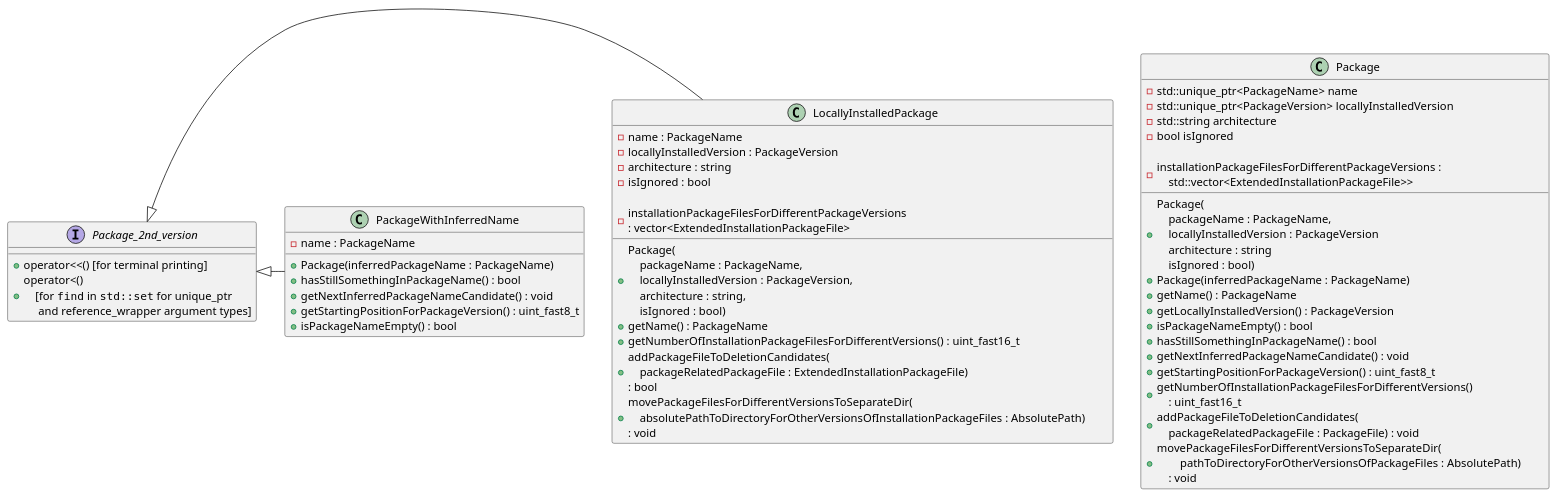
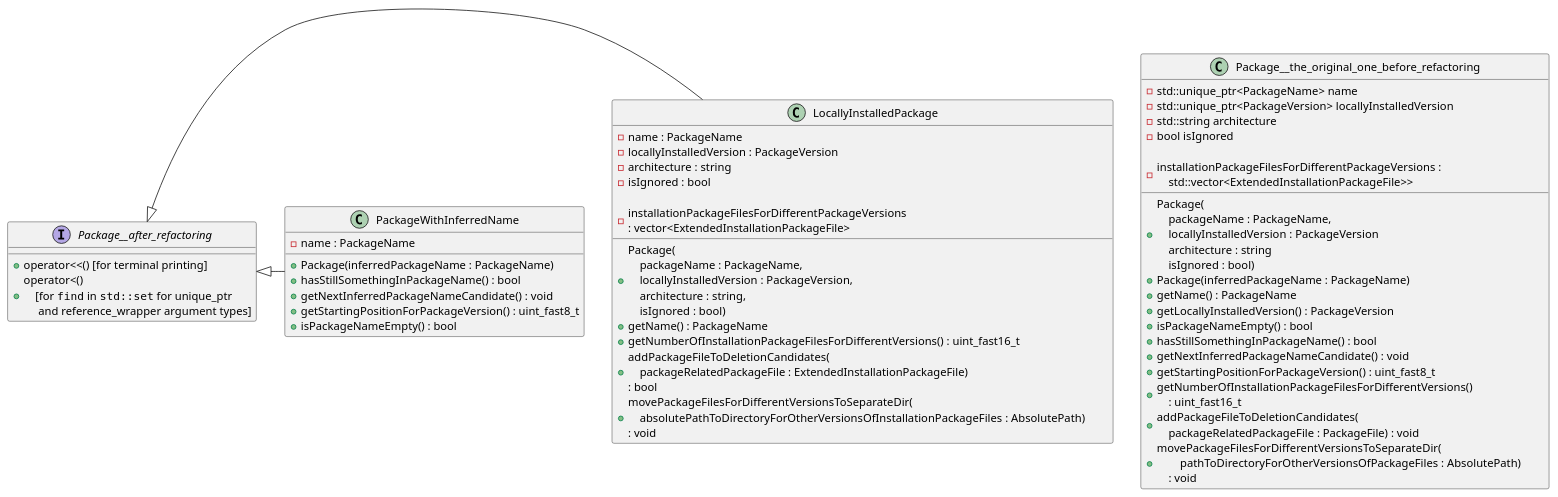
The diagram in Refactoring_Package_due_to_using_a_subset_of_features_for_packageWithInferredName_of_original_Package_type_and_initializing_the_rest_to_undefined_values-Class_diagram.puml (kyberdrb/clean_pacman_cache_dir), drawn with PlantUML before and after one commit.

Commit message:
Cosmetic changes to refactoring proposal

```diff
--- a/Refactoring_Package_due_to_using_a_subset_of_features_for_packageWithInferredName_of_original_Package_type_and_initializing_the_rest_to_undefined_values-Class_diagram.puml
+++ b/Refactoring_Package_due_to_using_a_subset_of_features_for_packageWithInferredName_of_original_Package_type_and_initializing_the_rest_to_undefined_values-Class_diagram.puml
@@ -1,87 +1,87 @@
 @startuml
 
 'Proposed solutions to avoid assigning reference member attributes to temporary values in single-argument constructor:
 ' - Inheritance/Implementation of interface - a class with only pure virtual functions with commonfunctions
 '   - overkill/not necessary - I don't use them in one container, neither I want to complicate my code with abstractions for simplicity and understandability
 ' - Splitting one 'PackageFile'
 '   - to two classes
 '   - then encapsulate the 'string' type 'filname' and 'absolutePath' member variables to custom defined classes 'Filename' and 'AbsolutePath' for expressivenes
 '   - Accepted solution
 
-class Package {
+class Package__the_original_one_before_refactoring {
     + Package(\
         \n    packageName : PackageName,\
         \n    locallyInstalledVersion : PackageVersion\
         \n    architecture : string\
         \n    isIgnored : bool)
     + Package(inferredPackageName : PackageName)
     + getName() : PackageName
     + getLocallyInstalledVersion() : PackageVersion
     + isPackageNameEmpty() : bool
     + hasStillSomethingInPackageName() : bool
     + getNextInferredPackageNameCandidate() : void
     + getStartingPositionForPackageVersion() : uint_fast8_t
     + getNumberOfInstallationPackageFilesForDifferentVersions()\
         \n    : uint_fast16_t
     + addPackageFileToDeletionCandidates(\
         \n    packageRelatedPackageFile : PackageFile) : void
     + movePackageFilesForDifferentVersionsToSeparateDir(\
         \n        pathToDirectoryForOtherVersionsOfPackageFiles : AbsolutePath)\
         \n    : void
 
     - std::unique_ptr<PackageName> name
     - std::unique_ptr<PackageVersion> locallyInstalledVersion
     - std::string architecture
     - bool isIgnored
 
     - installationPackageFilesForDifferentPackageVersions :\
         \n    std::vector<ExtendedInstallationPackageFile>>
 }
 
 'Analysis
 
-interface Package_2nd_version {
+interface Package__after_refactoring {
     + operator<<() [for terminal printing]
     + operator<()\
     \n    [for ""find"" in ""std::set"" for unique_ptr\
     \n     and reference_wrapper argument types]
 }
 
 class LocallyInstalledPackage {
     + Package(\
     \n    packageName : PackageName,\
     \n    locallyInstalledVersion : PackageVersion,\
     \n    architecture : string,\
     \n    isIgnored : bool)
     + getName() : PackageName
     + getNumberOfInstallationPackageFilesForDifferentVersions() : uint_fast16_t
     + addPackageFileToDeletionCandidates(\
     \n    packageRelatedPackageFile : ExtendedInstallationPackageFile)\
     \n: bool
     + movePackageFilesForDifferentVersionsToSeparateDir(\
         \n    absolutePathToDirectoryForOtherVersionsOfInstallationPackageFiles : AbsolutePath)\
         \n: void
     - name : PackageName
     - locallyInstalledVersion : PackageVersion
     - architecture : string
     - isIgnored : bool
 
     - installationPackageFilesForDifferentPackageVersions\
     \n: vector<ExtendedInstallationPackageFile>
 }
 
-Package_2nd_version <|- LocallyInstalledPackage
+Package__after_refactoring <|- LocallyInstalledPackage
 
 class PackageWithInferredName {
     + Package(inferredPackageName : PackageName)
     + hasStillSomethingInPackageName() : bool
     '+ operator<() [for ""find"" in ""std::set""]
     + getNextInferredPackageNameCandidate() : void
     + getStartingPositionForPackageVersion() : uint_fast8_t
     + isPackageNameEmpty() : bool
     - name : PackageName
 }
 
-Package_2nd_version <|- PackageWithInferredName
+Package__after_refactoring <|- PackageWithInferredName
 
 @enduml
```
